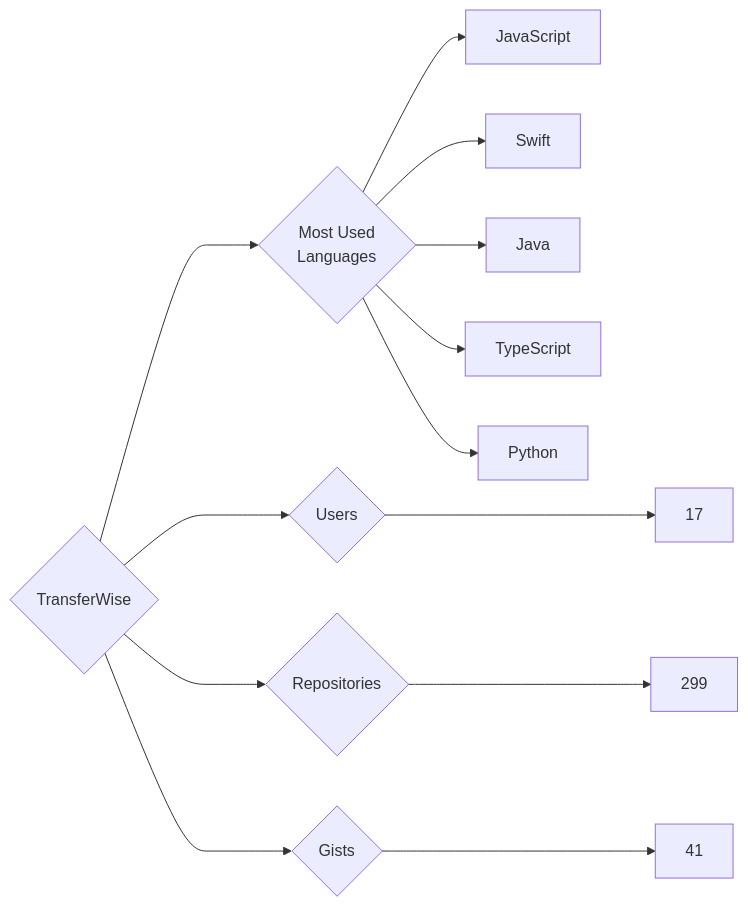
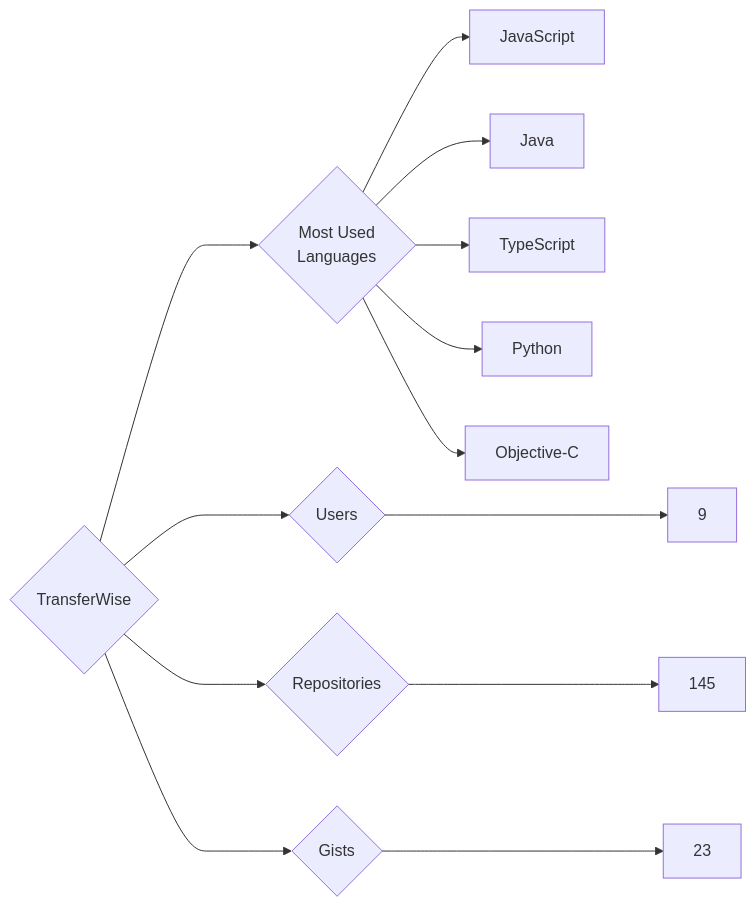
The diagram in targets/TransferWise/README.md (trickest/insiders), drawn with Mermaid before and after one commit. The commit also changed 973 other files, not shown here.

````diff
--- a/targets/TransferWise/README.md
+++ b/targets/TransferWise/README.md
@@ -3,13 +3,13 @@
 ```mermaid
 graph LR
 COMPANY_NAME{TransferWise}
-COMPANY_NAME ---> U{Users} ---> UN[17]
-COMPANY_NAME ---> R{Repositories} ---> RN[299]
-COMPANY_NAME ---> G{Gists} ---> GN[41]
+COMPANY_NAME ---> U{Users} ---> UN[9]
+COMPANY_NAME ---> R{Repositories} ---> RN[145]
+COMPANY_NAME ---> G{Gists} ---> GN[23]
 COMPANY_NAME ---> ML{Most Used<br>Languages}
 ML --> JavaScript[JavaScript]
-ML --> Swift[Swift]
 ML --> Java[Java]
 ML --> TypeScript[TypeScript]
 ML --> Python[Python]
+ML --> Objective-C[Objective-C]
 ```
````
